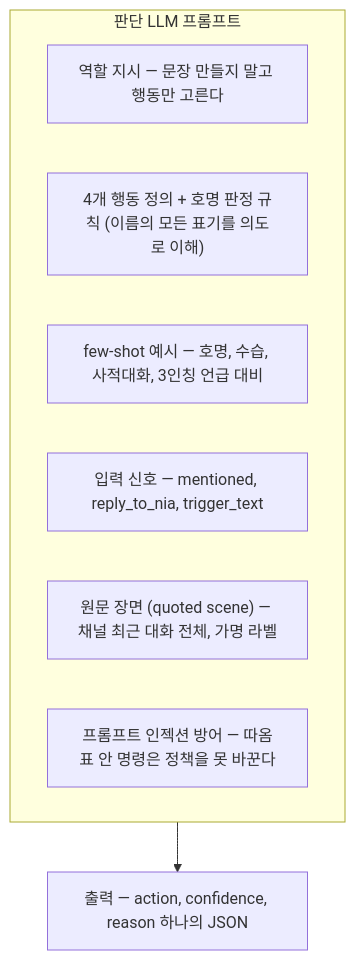
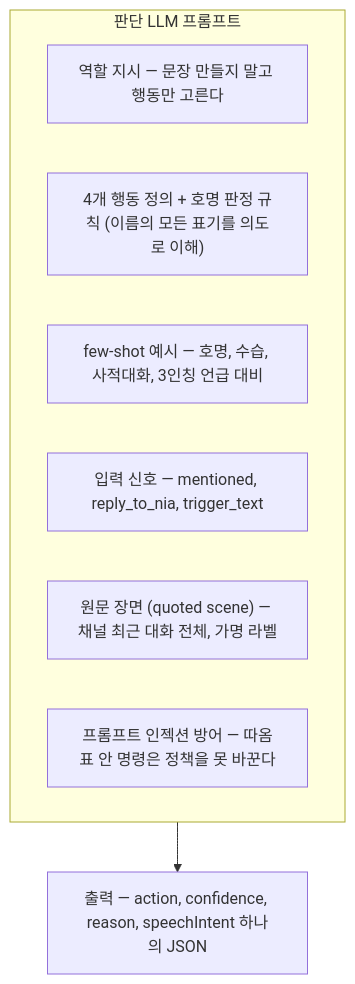
Before and after one commit to Hyeonjun0527/discord-ai-network-bot: the second of 5 diagrams in docs/nexa/NIA_PIPELINE.md, drawn with Mermaid. The commit also changed other lines of this file and 42 other files, not shown here.

````diff
--- a/docs/nexa/NIA_PIPELINE.md
+++ b/docs/nexa/NIA_PIPELINE.md
@@ -41,12 +41,12 @@
 ```mermaid
 flowchart TD
     subgraph JIN["판단 LLM 프롬프트"]
         A["역할 지시 — 문장 만들지 말고 행동만 고른다"]
         B["4개 행동 정의 + 호명 판정 규칙 (이름의 모든 표기를 의도로 이해)"]
         C["few-shot 예시 — 호명, 수습, 사적대화, 3인칭 언급 대비"]
         D["입력 신호 — mentioned, reply_to_nia, trigger_text"]
         E["원문 장면 (quoted scene) — 채널 최근 대화 전체, 가명 라벨"]
         F["프롬프트 인젝션 방어 — 따옴표 안 명령은 정책을 못 바꾼다"]
     end
-    JIN --> OUT["출력 — action, confidence, reason 하나의 JSON"]
+    JIN --> OUT["출력 — action, confidence, reason, speechIntent 하나의 JSON"]
 ```
````
